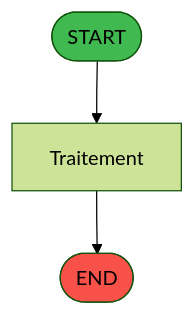
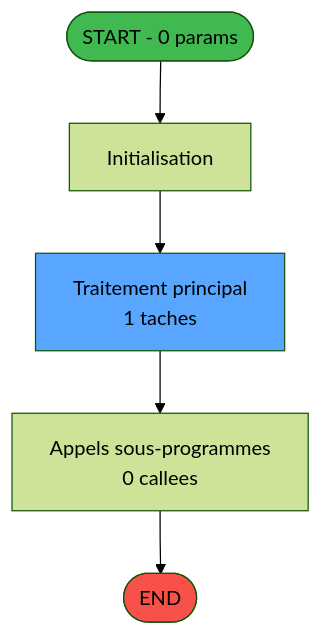
The first of 3 diagrams in .openspec/renders/ADH-IDE-202.md (thonyAGP/lecteur-magic), drawn with Mermaid (forest theme) before and after one commit. The commit also changed other lines of this file and 701 other files, not shown here.

````diff
--- a/.openspec/renders/ADH-IDE-202.md
+++ b/.openspec/renders/ADH-IDE-202.md
@@ -69,9 +82,14 @@
 ```mermaid
 flowchart TD
-    START([START])
-    PROCESS[Traitement]
+    START([START - 0 params])
+    INIT["Initialisation"]
+    PROCESS["Traitement principal<br/>1 taches"]
+    CALLS["Appels sous-programmes<br/>0 callees"]
     ENDOK([END])
-    START --> PROCESS --> ENDOK
+
+    START --> INIT --> PROCESS --> CALLS --> ENDOK
+
     style START fill:#3fb950
     style ENDOK fill:#f85149
+    style PROCESS fill:#58a6ff
 ```
````
